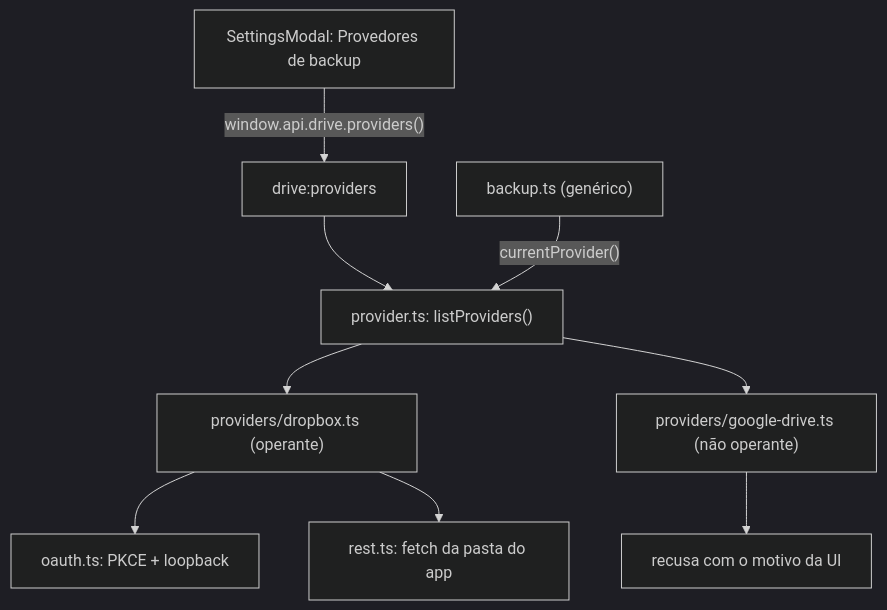
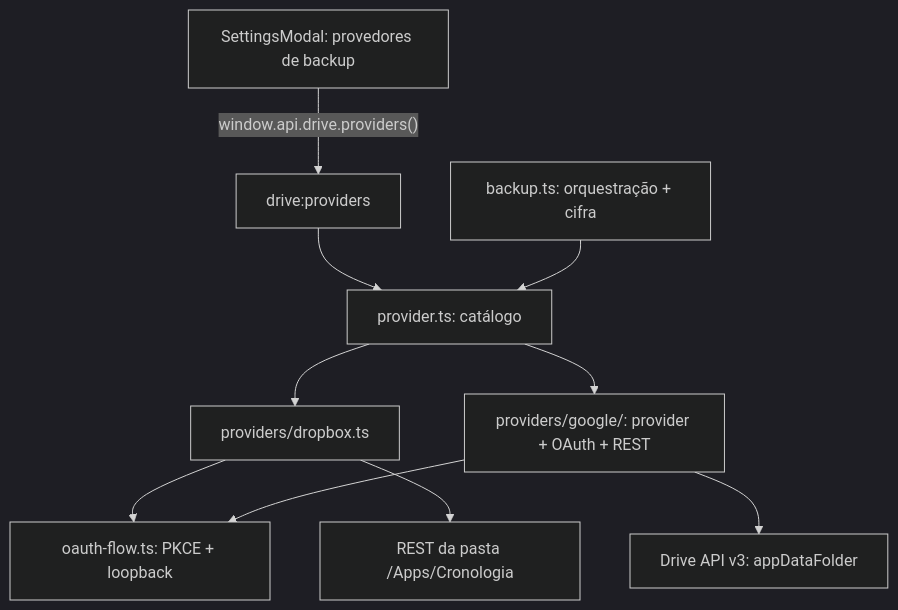
One commit to user-nome/cronologia changed the diagram in docs/backup-providers.md. Above: the diagram before and after it, drawn with Mermaid (dark theme). The commit also changed other lines of this file and 98 other files, not shown here.

First line of the commit message:
feat(tests): add comprehensive test suites for message bundles, app modals, and settings components

````diff
--- a/docs/backup-providers.md
+++ b/docs/backup-providers.md
@@ -47,11 +61,12 @@
 ```mermaid
 flowchart TD
-    UI["SettingsModal: Provedores de backup"] -->|"window.api.drive.providers()"| IPC["drive:providers"]
-    IPC --> CAT["provider.ts: listProviders()"]
-    CAT --> DBX["providers/dropbox.ts (operante)"]
-    CAT --> GDR["providers/google-drive.ts (não operante)"]
-    DBX --> OAUTH["oauth.ts: PKCE + loopback"]
-    DBX --> REST["rest.ts: fetch da pasta do app"]
-    GDR --> STUB["recusa com o motivo da UI"]
-    BACKUP["backup.ts (genérico)"] -->|"currentProvider()"| CAT
+    UI["SettingsModal: provedores de backup"] -->|"window.api.drive.providers()"| IPC["drive:providers"]
+    IPC --> CAT["provider.ts: catálogo"]
+    CAT --> DBX["providers/dropbox.ts"]
+    CAT --> GDR["providers/google/: provider + OAuth + REST"]
+    DBX --> OAUTH["oauth-flow.ts: PKCE + loopback"]
+    GDR --> OAUTH
+    DBX --> RESTDB["REST da pasta /Apps/Cronologia"]
+    GDR --> RESTG["Drive API v3: appDataFolder"]
+    BACKUP["backup.ts: orquestração + cifra"] --> CAT
 ```
````
